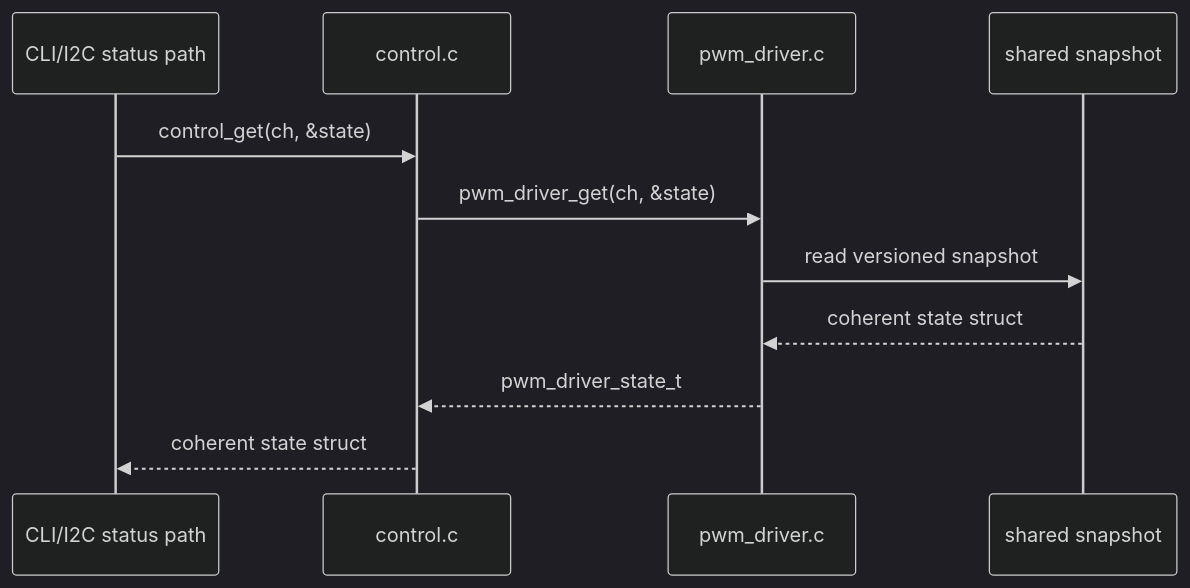
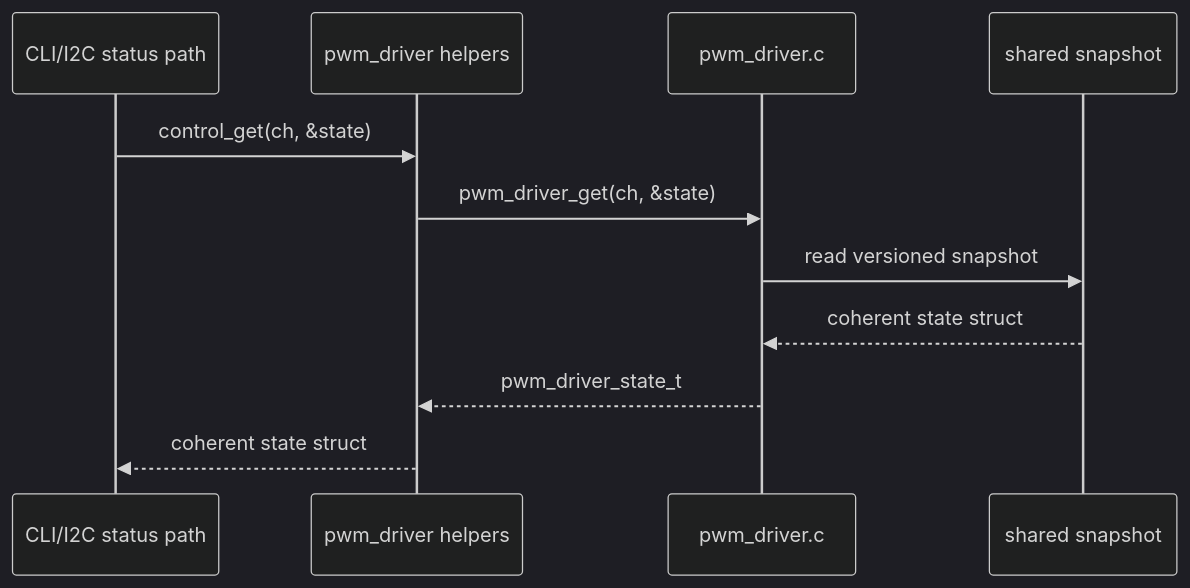
Before and after one commit to djwinter29-oss/PicoPWM: the sixth of 6 diagrams in docs/detail/pwm_driver_design.md, drawn with Mermaid (dark theme). The commit also changed other lines of this file and 12 other files, not shown here.

Commit message:
update on pwm driver

````diff
--- a/docs/detail/pwm_driver_design.md
+++ b/docs/detail/pwm_driver_design.md
@@ -299,14 +314,14 @@
 ```mermaid
 sequenceDiagram
     participant UI as CLI/I2C status path
-    participant CTL as control.c
+    participant CTL as pwm_driver helpers
     participant WR as pwm_driver.c
     participant SS as shared snapshot
 
     UI->>CTL: control_get(ch, &state)
     CTL->>WR: pwm_driver_get(ch, &state)
     WR->>SS: read versioned snapshot
     SS-->>WR: coherent state struct
     WR-->>CTL: pwm_driver_state_t
     CTL-->>UI: coherent state struct
 ```
````
